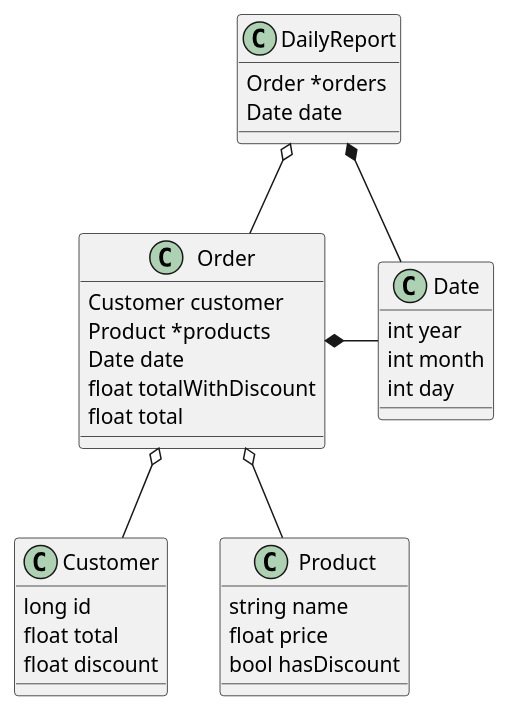
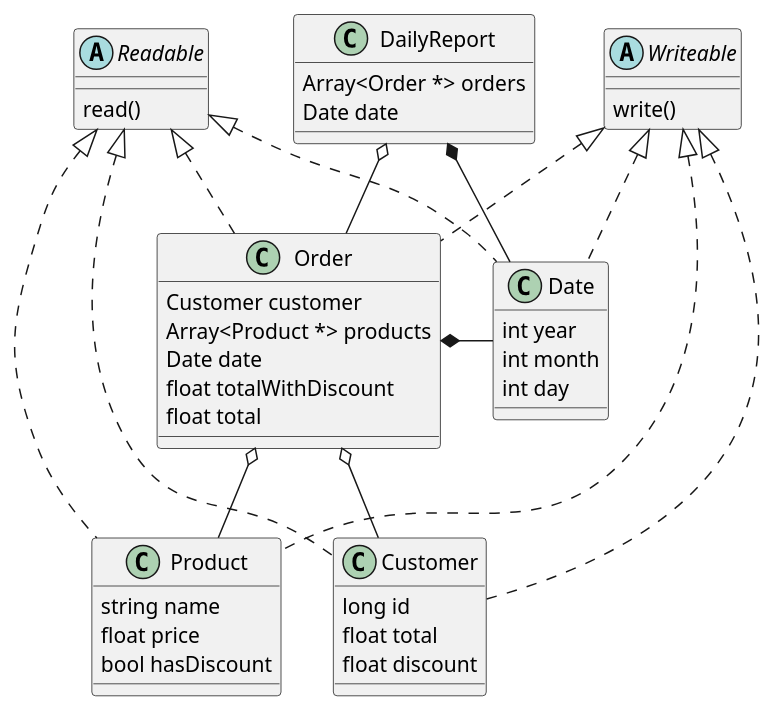
Before and after one commit to CyanoFresh/oop-coursework-s3: the diagram in diagram.puml, drawn with PlantUML. The commit also changed 15 other files, not shown here.

```diff
--- a/diagram.puml
+++ b/diagram.puml
@@ -1,41 +1,57 @@
 @startuml
+
+abstract class Readable {
+    read()
+}
+abstract class Writeable {
+    write()
+}
 
 class Date {
     int year
     int month
     int day
 }
 
 class Customer {
     long id
     float total
     float discount
 }
 
 class Product {
     string name
     float price
     bool hasDiscount
 }
 
 class Order {
     Customer customer
-    Product *products
+    Array<Product *> products
     Date date
     float totalWithDiscount
     float total
 }
 
 class DailyReport {
-    Order *orders
+    Array<Order *> orders
     Date date
 }
 
 Order *- Date
 Order o-- Product
 Order o-- Customer
 
 DailyReport o-- Order
 DailyReport *-- Date
 
+Writeable <|.. Order
+Writeable <|. Product
+Writeable <|. Customer
+Writeable <|. Date
+Readable <|. Date
+Readable <|. Customer
+Readable <|. Product
+Readable <|.. Order
+
 @enduml
```
